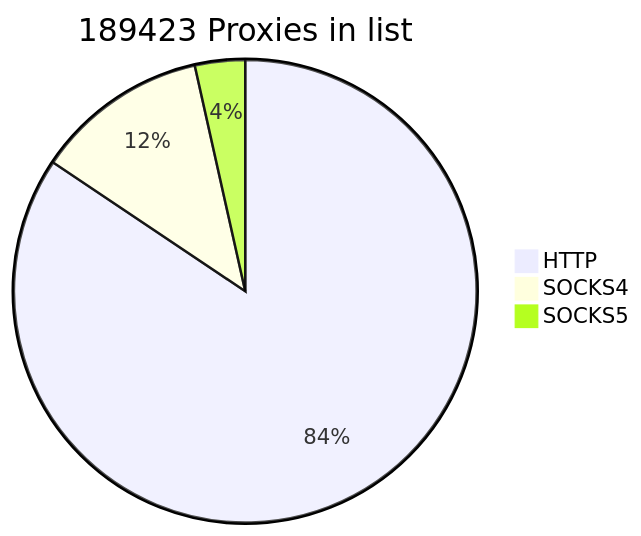
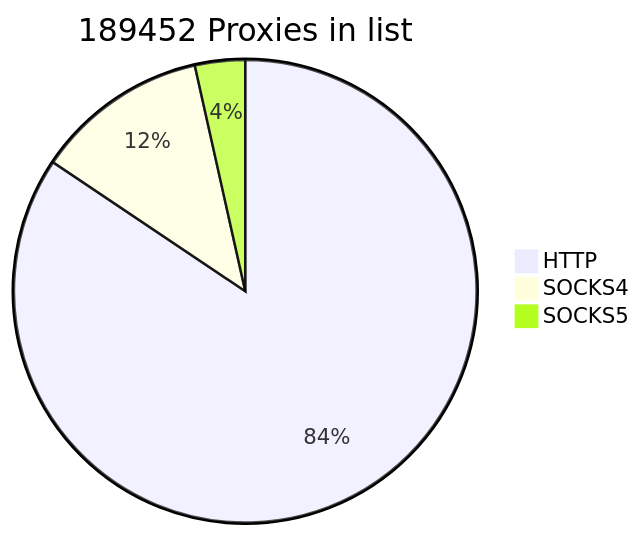
The first of 2 diagrams in README.md (cutipu/proxylist), drawn with Mermaid before and after one commit. The commit also changed other lines of this file, not shown here.

````diff
--- a/README.md
+++ b/README.md
@@ -2,7 +2,7 @@
 ```mermaid
-pie title 189423 Proxies in list
-    "HTTP" : 159875
-    "SOCKS4" : 22912
-    "SOCKS5" : 6636
+pie title 189452 Proxies in list
+    "HTTP" : 159907
+    "SOCKS4" : 22911
+    "SOCKS5" : 6634
             
 ```
````
